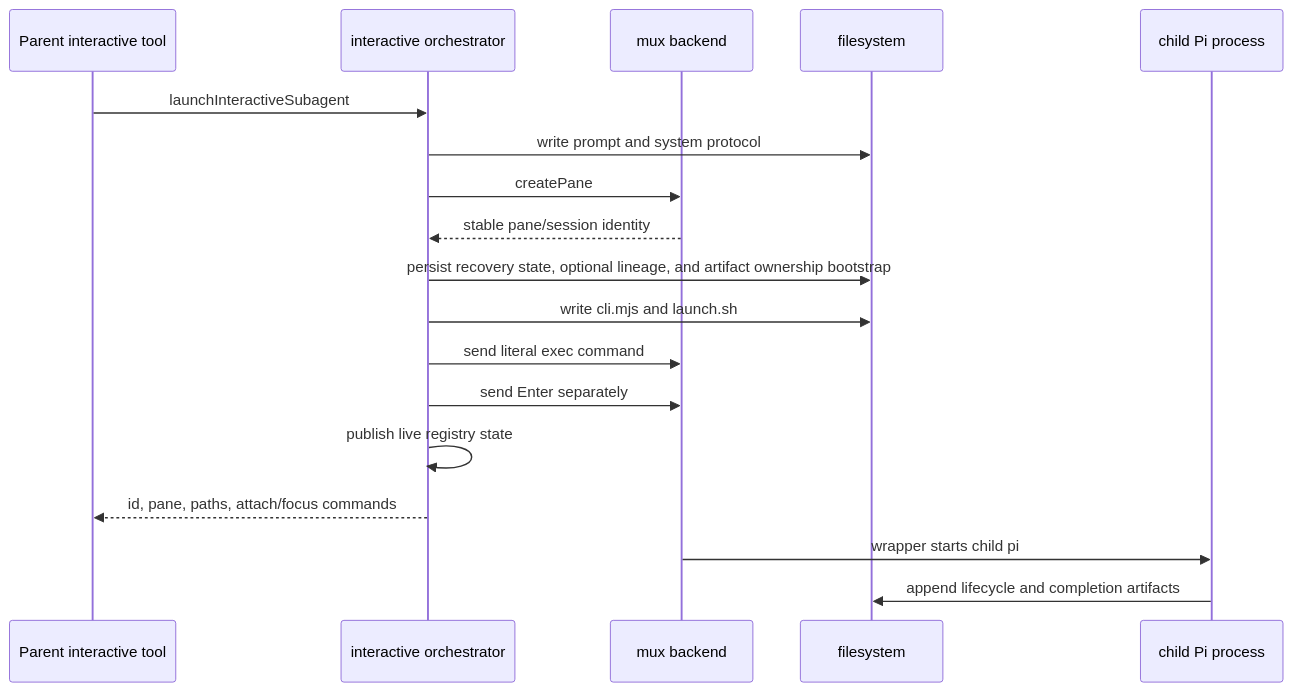
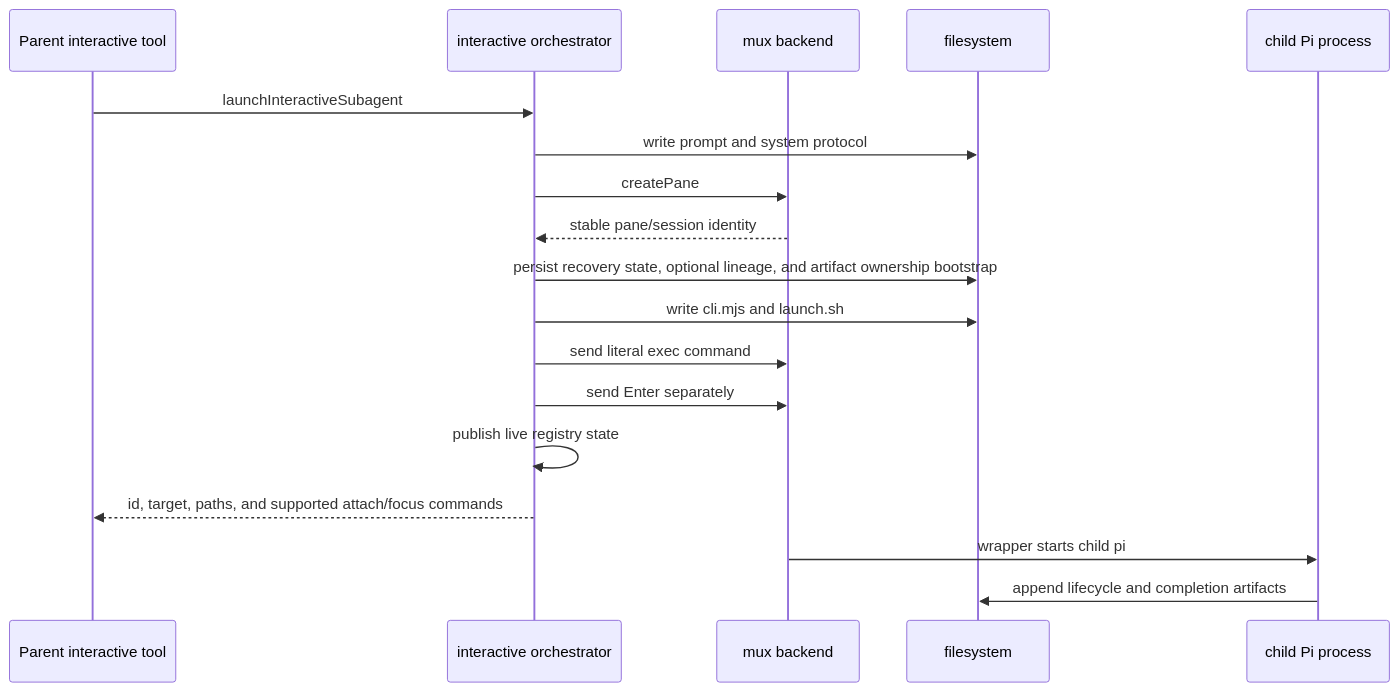
Before and after one commit to lmn451/pi-subagentura: the fifth of 8 diagrams in architecture.md, drawn with Mermaid. The commit also changed other lines of this file and 42 other files, not shown here.

````diff
--- a/architecture.md
+++ b/architecture.md
@@ -505,21 +506,21 @@
 ```mermaid
 sequenceDiagram
   participant T as Parent interactive tool
   participant O as interactive orchestrator
   participant M as mux backend
   participant F as filesystem
   participant C as child Pi process
 
   T->>O: launchInteractiveSubagent
   O->>F: write prompt and system protocol
   O->>M: createPane
   M-->>O: stable pane/session identity
   O->>F: persist recovery state, optional lineage, and artifact ownership bootstrap
   O->>F: write cli.mjs and launch.sh
   O->>M: send literal exec command
   O->>M: send Enter separately
   O->>O: publish live registry state
-  O-->>T: id, pane, paths, attach/focus commands
+  O-->>T: id, target, paths, and supported attach/focus commands
   M->>C: wrapper starts child pi
   C->>F: append lifecycle and completion artifacts
 ```
````
